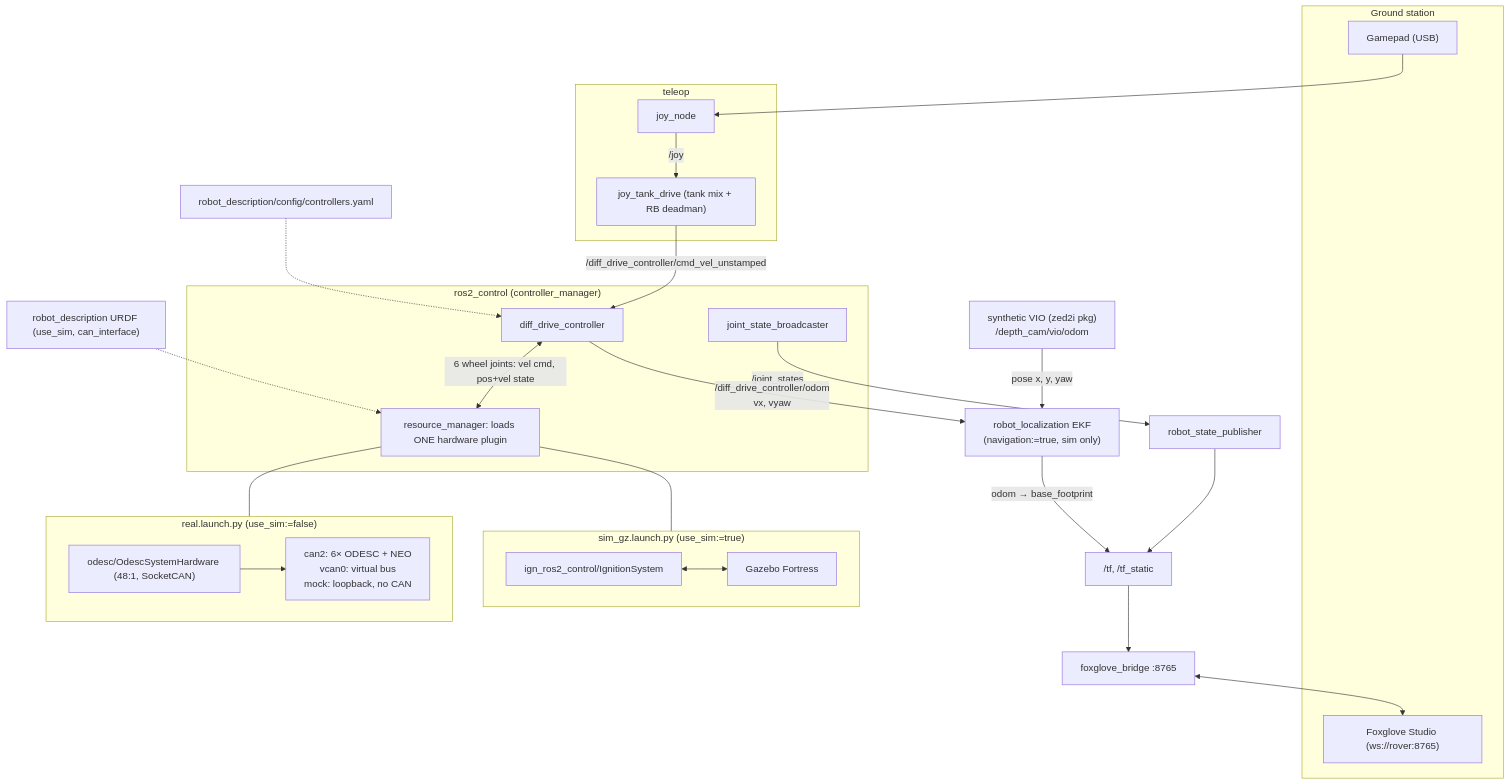
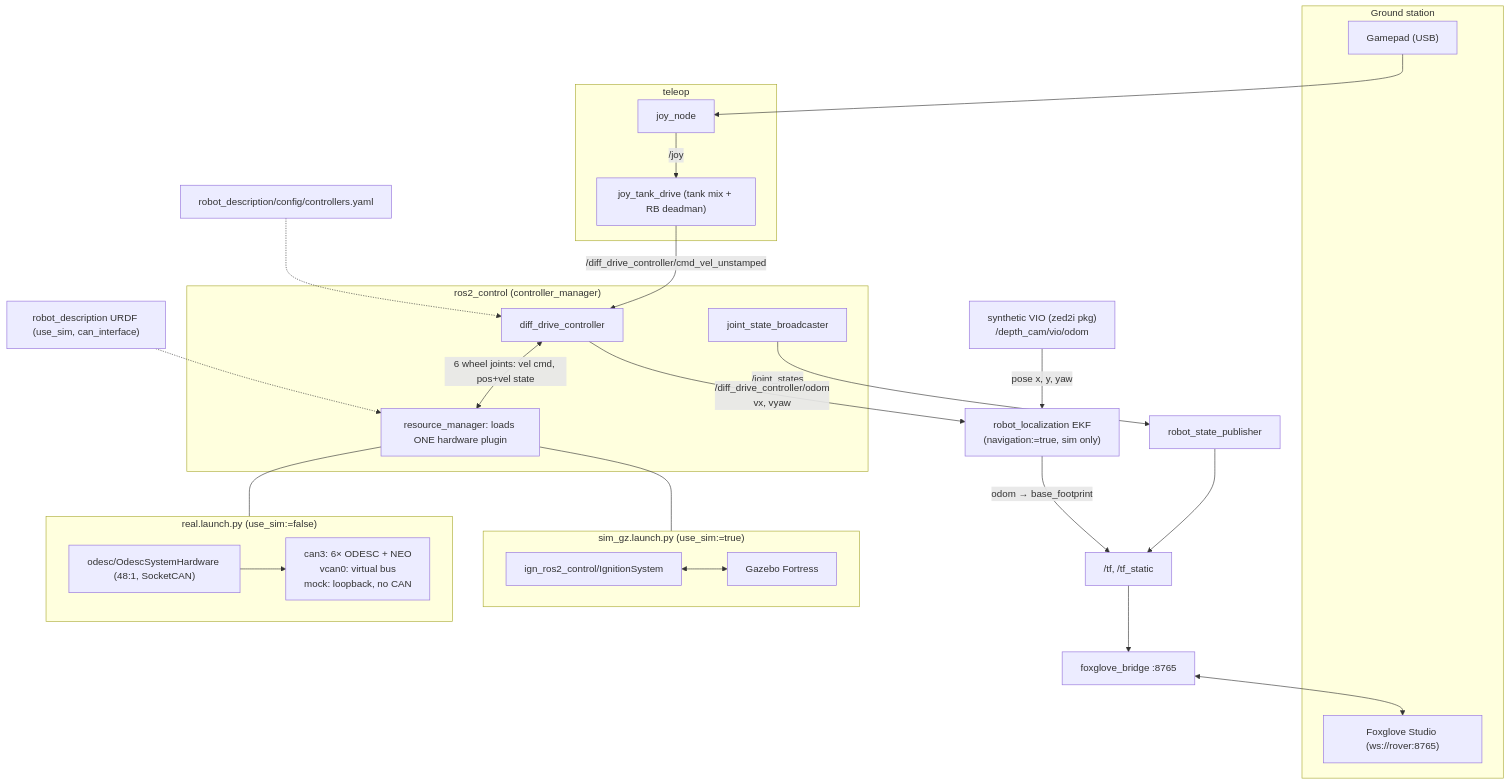
One commit to BILLEE-BroncoSTAR/billee-software-2027 changed the diagram in docs/architecture.md. Above: the diagram before and after it, drawn with Mermaid. The commit also changed other lines of this file and 24 other files, not shown here.

Commit message:
refactor: add can helpers for diagnosing odesc issues + have odesc driver itself report telemetry

````diff
--- a/docs/architecture.md
+++ b/docs/architecture.md
@@ -7,39 +7,39 @@
 ```mermaid
 flowchart TB
     subgraph OP["Ground station"]
         PAD["Gamepad (USB)"]
         FGS["Foxglove Studio (ws://rover:8765)"]
     end
 
     subgraph TELE["teleop"]
         JOY["joy_node"]
         TANK["joy_tank_drive (tank mix + RB deadman)"]
     end
     PAD --> JOY -->|"/joy"| TANK
     TANK -->|"/diff_drive_controller/cmd_vel_unstamped"| DDC
 
     subgraph CTRL["ros2_control (controller_manager)"]
         DDC["diff_drive_controller"]
         JSB["joint_state_broadcaster"]
         RM["resource_manager: loads ONE hardware plugin"]
         DDC <-->|"6 wheel joints: vel cmd, pos+vel state"| RM
     end
     CFG["robot_description/config/controllers.yaml"] -.-> DDC
     URDF["robot_description URDF (use_sim, can_interface)"] -.-> RM
 
     subgraph SIMB["sim_gz.launch.py (use_sim:=true)"]
         IGN["ign_ros2_control/IgnitionSystem"] <--> GZ["Gazebo Fortress"]
     end
     subgraph REALB["real.launch.py (use_sim:=false)"]
         ODESC["odesc/OdescSystemHardware (48:1, SocketCAN)"]
-        ODESC --> CAN["can2: 6× ODESC + NEO<br/>vcan0: virtual bus<br/>mock: loopback, no CAN"]
+        ODESC --> CAN["can3: 6× ODESC + NEO<br/>vcan0: virtual bus<br/>mock: loopback, no CAN"]
     end
     RM --- SIMB
     RM --- REALB
 
     JSB -->|"/joint_states"| RSP["robot_state_publisher"] --> TF["/tf, /tf_static"]
     VIO["synthetic VIO (zed2i pkg)<br/>/depth_cam/vio/odom"] -->|"pose x, y, yaw"| EKF["robot_localization EKF<br/>(navigation:=true, sim only)"]
     DDC -->|"/diff_drive_controller/odom<br/>vx, vyaw"| EKF
     EKF -->|"odom → base_footprint"| TF
     TF --> FB["foxglove_bridge :8765"] <--> FGS
 ```
````
